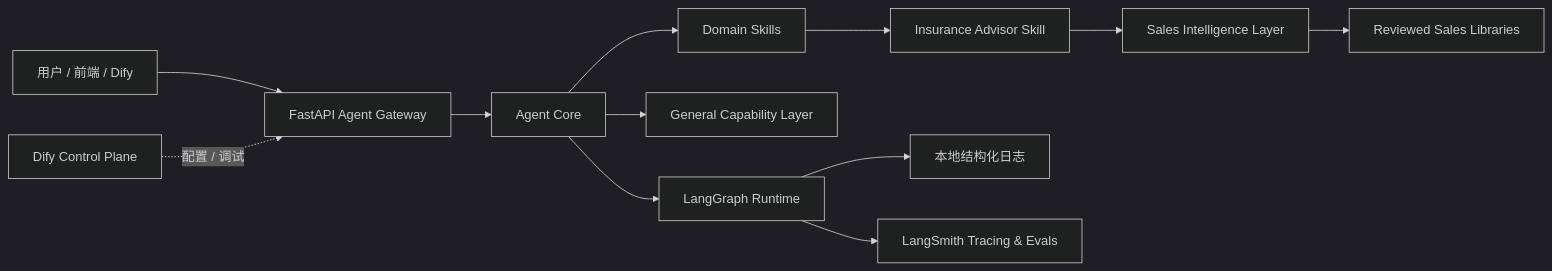
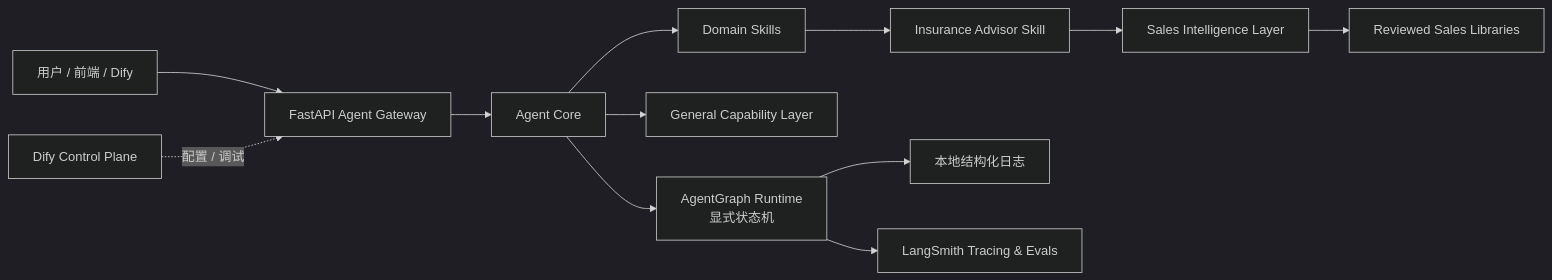
Before and after one commit to yinghanpeng/ins_advisor_agent: the diagram in README.md, drawn with Mermaid (dark theme). The commit also changed other lines of this file and 28 other files, not shown here.

````diff
--- a/README.md
+++ b/README.md
@@ -50,14 +50,14 @@
 ```mermaid
 flowchart LR
     User["用户 / 前端 / Dify"] --> Gateway["FastAPI Agent Gateway"]
     Gateway --> Core["Agent Core"]
-    Core --> Graph["LangGraph Runtime"]
+    Core --> Graph["AgentGraph Runtime<br/>显式状态机"]
     Core --> Tools["General Capability Layer"]
     Core --> Skills["Domain Skills"]
     Skills --> Insurance["Insurance Advisor Skill"]
     Insurance --> SalesIntel["Sales Intelligence Layer"]
     SalesIntel --> Libraries["Reviewed Sales Libraries"]
     Graph --> Logs["本地结构化日志"]
     Graph --> Smith["LangSmith Tracing & Evals"]
     Dify["Dify Control Plane"] -. 配置 / 调试 .-> Gateway
 ```
````
